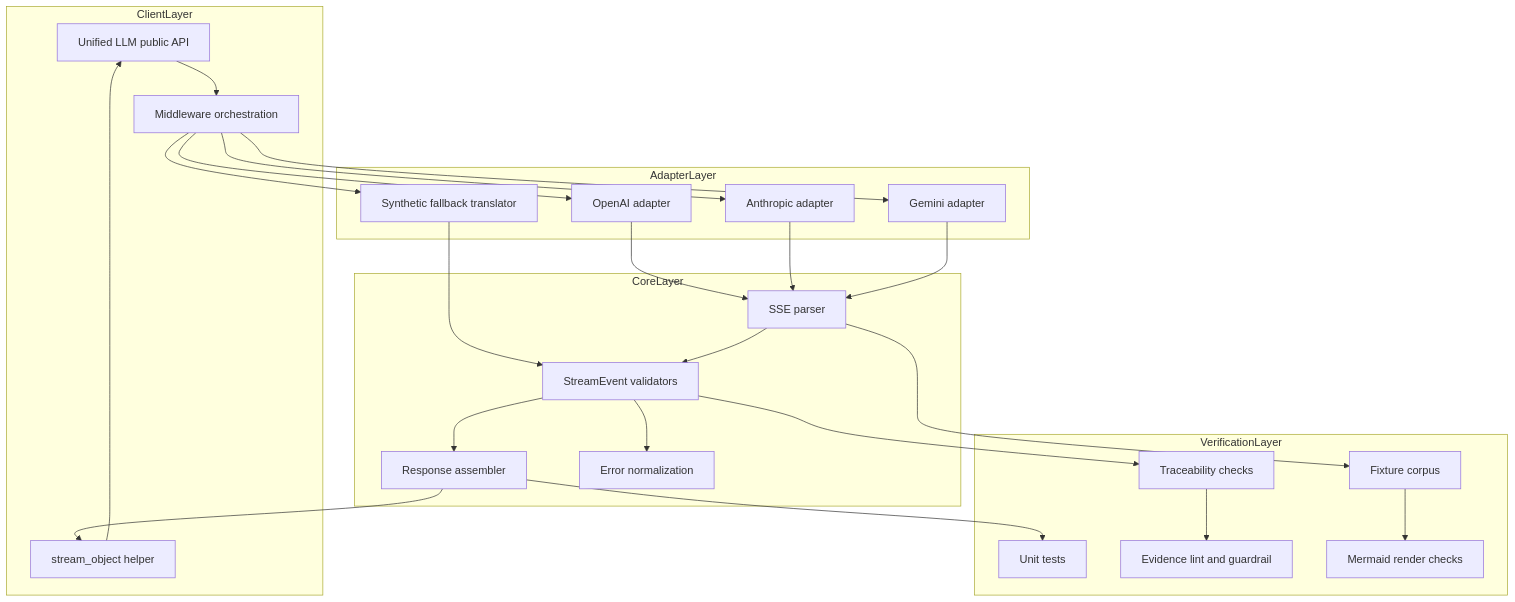
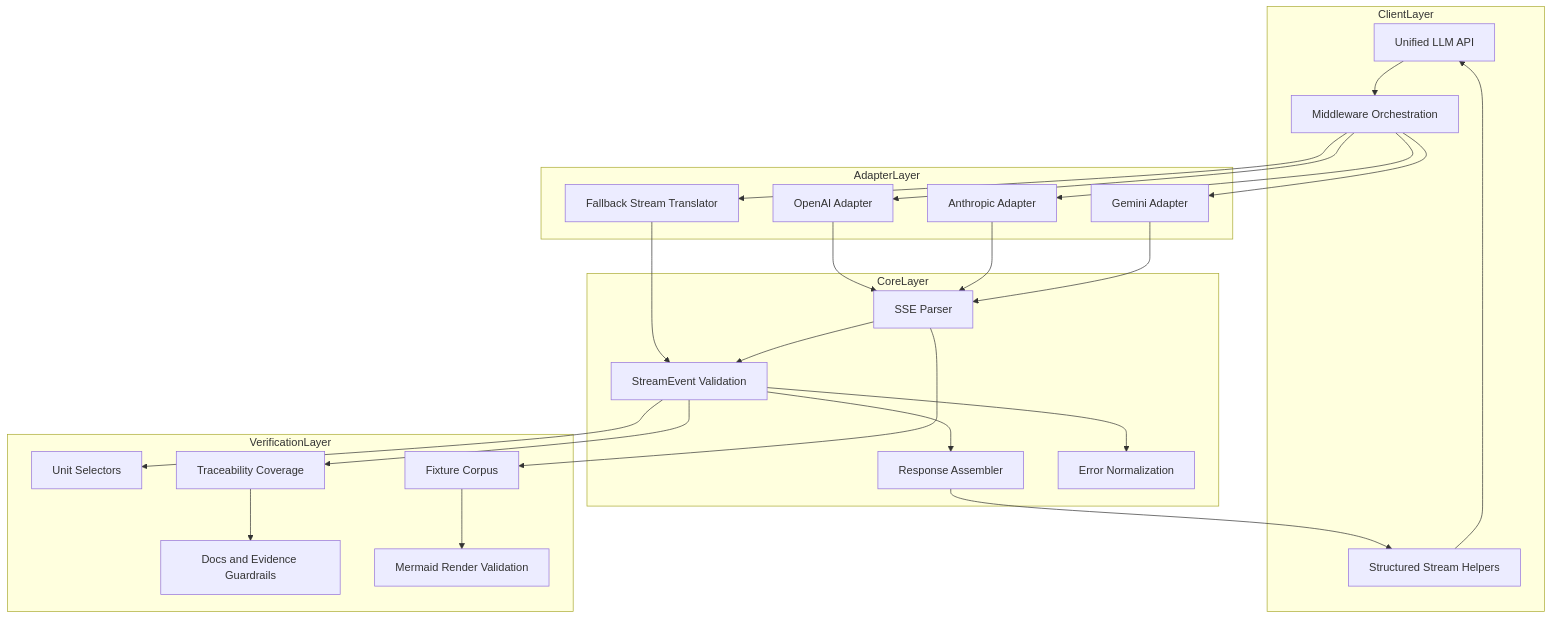
Before and after one commit to jaytaylor/attractor-tcl: the fifth of 5 diagrams in docs/sprints/SPRINT-005-comprehensive-implementation-plan.md, drawn with Mermaid. The commit also changed other lines of this file, not shown here.

````diff
--- a/docs/sprints/SPRINT-005-comprehensive-implementation-plan.md
+++ b/docs/sprints/SPRINT-005-comprehensive-implementation-plan.md
@@ -740,50 +520,50 @@
 ```mermaid
 flowchart TB
   subgraph ClientLayer
-    C1[Unified LLM public API]
-    C2[Middleware orchestration]
-    C3[stream_object helper]
+    C1[Unified LLM API]
+    C2[Middleware Orchestration]
+    C3[Structured Stream Helpers]
   end
 
   subgraph AdapterLayer
-    A1[OpenAI adapter]
-    A2[Anthropic adapter]
-    A3[Gemini adapter]
-    A4[Synthetic fallback translator]
+    A1[OpenAI Adapter]
+    A2[Anthropic Adapter]
+    A3[Gemini Adapter]
+    A4[Fallback Stream Translator]
   end
 
   subgraph CoreLayer
-    K1[SSE parser]
-    K2[StreamEvent validators]
-    K3[Response assembler]
-    K4[Error normalization]
+    K1[SSE Parser]
+    K2[StreamEvent Validation]
+    K3[Response Assembler]
+    K4[Error Normalization]
   end
 
   subgraph VerificationLayer
-    V1[Unit tests]
-    V2[Fixture corpus]
-    V3[Traceability checks]
-    V4[Evidence lint and guardrail]
-    V5[Mermaid render checks]
+    V1[Unit Selectors]
+    V2[Fixture Corpus]
+    V3[Traceability Coverage]
+    V4[Docs and Evidence Guardrails]
+    V5[Mermaid Render Validation]
   end
 
   C1 --> C2
   C2 --> A1
   C2 --> A2
   C2 --> A3
   C2 --> A4
   A1 --> K1
   A2 --> K1
   A3 --> K1
   A4 --> K2
   K1 --> K2
   K2 --> K3
   K2 --> K4
   K3 --> C3
   C3 --> C1
-  K3 --> V1
   K1 --> V2
+  K2 --> V1
   K2 --> V3
   V3 --> V4
   V2 --> V5
 ```
````
